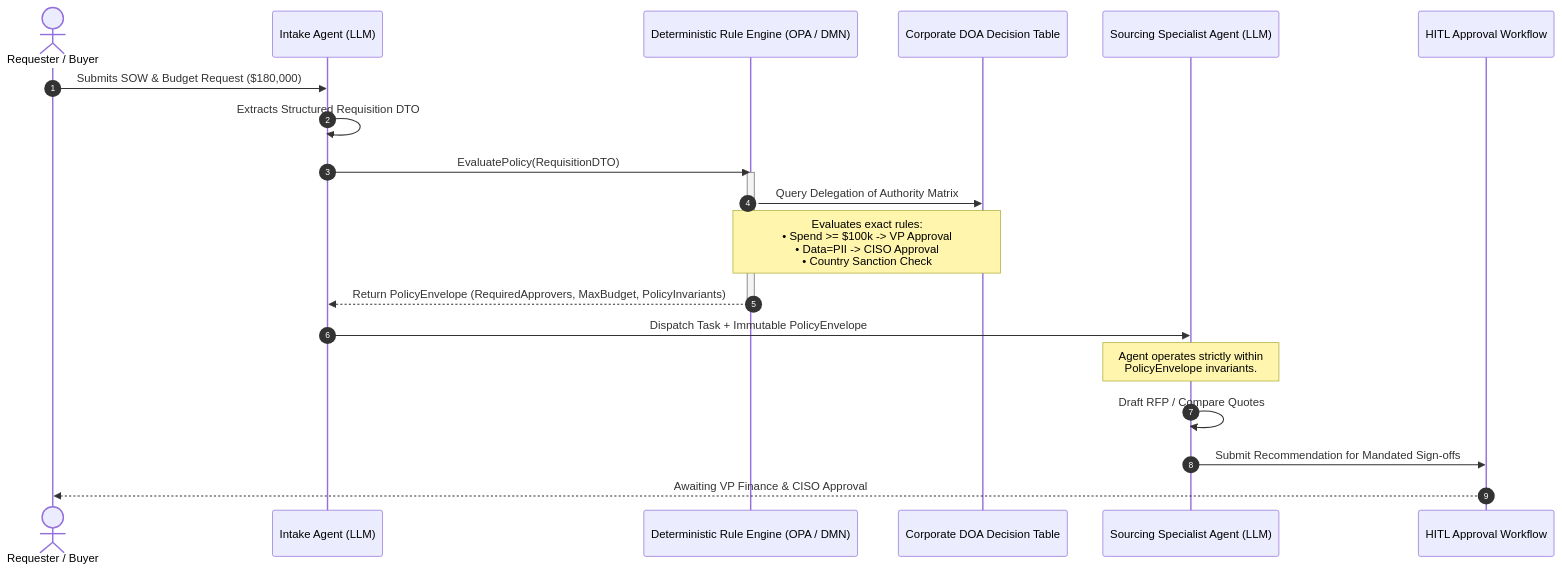
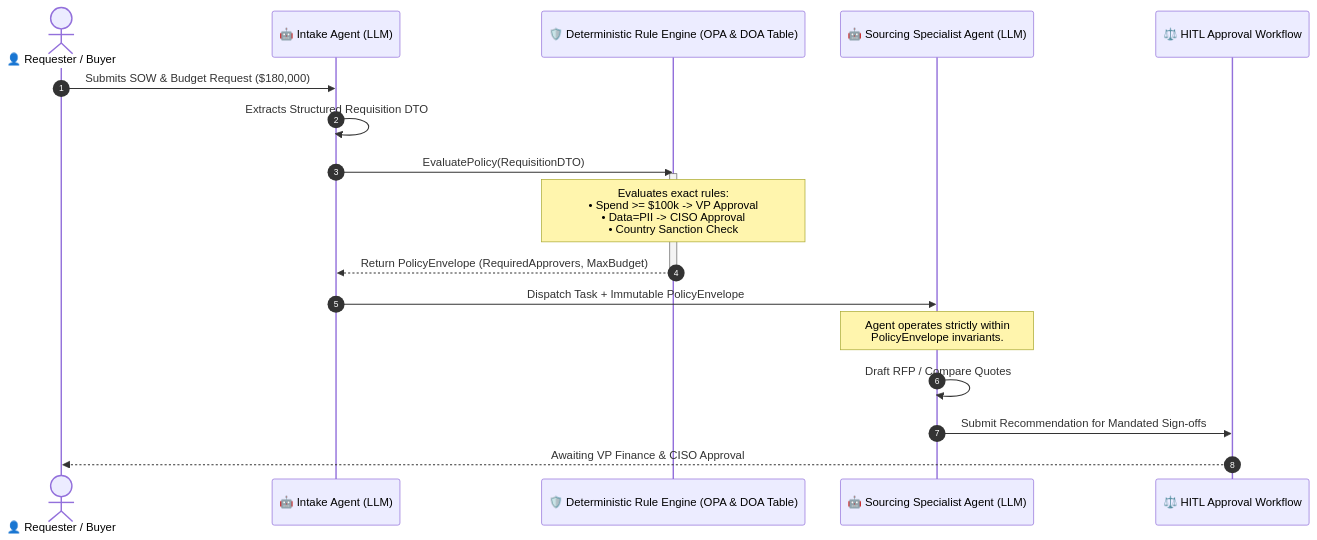
The second of 2 diagrams in 04-agentic-systems-and-orchestration/reference/enterprise-sourcing-opa-case-study.md (dip4k/senior-engineer-to-ai-engineer-roadmap), drawn with Mermaid before and after one commit. The commit also changed other lines of this file and 94 other files, not shown here.

Commit message:
refactor(curriculum): complete Phase 04 upgrade and enforce diagram renderer invariants

````diff
--- a/04-agentic-systems-and-orchestration/reference/enterprise-sourcing-opa-case-study.md
+++ b/04-agentic-systems-and-orchestration/reference/enterprise-sourcing-opa-case-study.md
@@ -78,26 +86,24 @@
 ```mermaid
 sequenceDiagram
     autonumber
-    actor Buyer as Requester / Buyer
-    participant Intake as Intake Agent (LLM)
-    participant Engine as Deterministic Rule Engine (OPA / DMN)
-    participant Table as Corporate DOA Decision Table
-    participant Agent as Sourcing Specialist Agent (LLM)
-    participant Gate as HITL Approval Workflow
+    actor Buyer as 👤 Requester / Buyer
+    participant Intake as 🤖 Intake Agent (LLM)
+    participant Engine as 🛡️ Deterministic Rule Engine (OPA & DOA Table)
+    participant Agent as 🤖 Sourcing Specialist Agent (LLM)
+    participant Gate as ⚖️ HITL Approval Workflow
 
     Buyer->>Intake: Submits SOW & Budget Request ($180,000)
     Intake->>Intake: Extracts Structured Requisition DTO
     Intake->>Engine: EvaluatePolicy(RequisitionDTO)
     
     activate Engine
-    Engine->>Table: Query Delegation of Authority Matrix
-    Note over Engine,Table: Evaluates exact rules:<br/>• Spend >= $100k -> VP Approval<br/>• Data=PII -> CISO Approval<br/>• Country Sanction Check
-    Engine-->>Intake: Return PolicyEnvelope (RequiredApprovers, MaxBudget, PolicyInvariants)
+    Note over Engine: Evaluates exact rules:<br/>• Spend >= $100k -> VP Approval<br/>• Data=PII -> CISO Approval<br/>• Country Sanction Check
+    Engine-->>Intake: Return PolicyEnvelope (RequiredApprovers, MaxBudget)
     deactivate Engine
 
     Intake->>Agent: Dispatch Task + Immutable PolicyEnvelope
     Note over Agent: Agent operates strictly within<br/>PolicyEnvelope invariants.
     Agent->>Agent: Draft RFP / Compare Quotes
     Agent->>Gate: Submit Recommendation for Mandated Sign-offs
     Gate-->>Buyer: Awaiting VP Finance & CISO Approval
 ```
````
